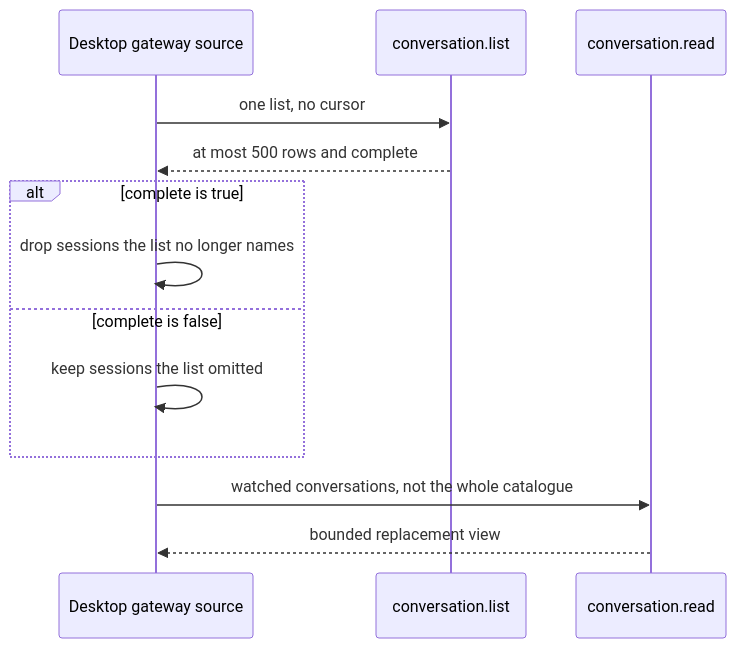
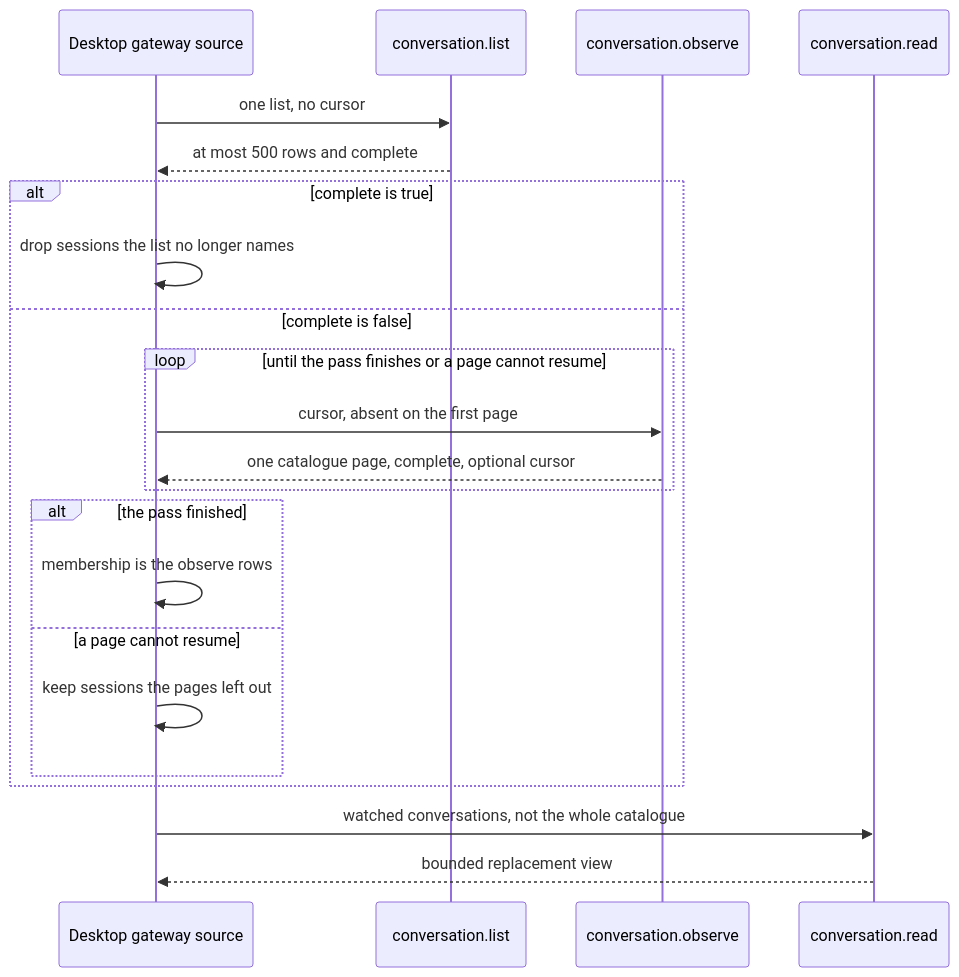
One commit to nessalabs/nessa-agent changed the first of 2 diagrams in docs/design/ui-workspace-load.md. Above: the diagram before and after it, drawn with Mermaid. The commit also changed other lines of this file and 29 other files, not shown here.

First line of the commit message:
Observe every owned conversation in the desktop index (#607)

````diff
--- a/docs/design/ui-workspace-load.md
+++ b/docs/design/ui-workspace-load.md
@@ -34,15 +34,24 @@
 ```mermaid
 sequenceDiagram
     participant UI as Desktop gateway source
     participant List as conversation.list
+    participant Observe as conversation.observe
     participant Read as conversation.read
     UI->>List: one list, no cursor
     List-->>UI: at most 500 rows and complete
     alt complete is true
         UI->>UI: drop sessions the list no longer names
     else complete is false
-        UI->>UI: keep sessions the list omitted
+        loop until the pass finishes or a page cannot resume
+            UI->>Observe: cursor, absent on the first page
+            Observe-->>UI: one catalogue page, complete, optional cursor
+        end
+        alt the pass finished
+            UI->>UI: membership is the observe rows
+        else a page cannot resume
+            UI->>UI: keep sessions the pages left out
+        end
     end
     UI->>Read: watched conversations, not the whole catalogue
     Read-->>UI: bounded replacement view
 ```
````
